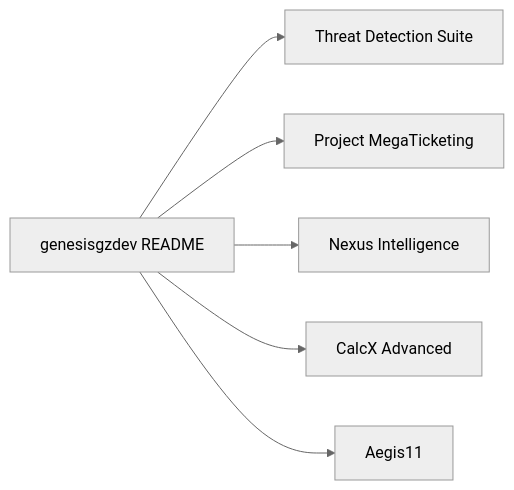
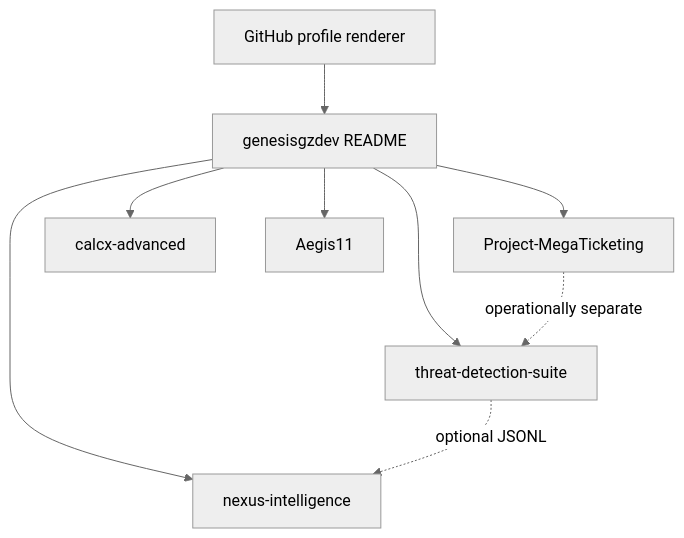
One commit to genesisgzdev/genesisgzdev changed the diagram in ARCHITECTURE.md. Above: the diagram before and after it, drawn with Mermaid (neutral theme). The commit also changed other lines of this file, not shown here.

Commit message:
docs: deepen project dependency map

```diff
--- a/ARCHITECTURE.md
+++ b/ARCHITECTURE.md
@@ -5,8 +7,11 @@
 ~~~mermaid
-flowchart LR
-    Profile[genesisgzdev README] --> TDS[Threat Detection Suite]
-    Profile --> Mega[Project MegaTicketing]
-    Profile --> Nexus[Nexus Intelligence]
-    Profile --> CalcX[CalcX Advanced]
-    Profile --> Aegis[Aegis11]
+flowchart TB
+    GH[GitHub profile renderer] --> README[genesisgzdev README]
+    README --> TDS[threat-detection-suite]
+    README --> MEGA[Project-MegaTicketing]
+    README --> NEXUS[nexus-intelligence]
+    README --> CALCX[calcx-advanced]
+    README --> AEGIS[Aegis11]
+    TDS -. optional JSONL .-> NEXUS
+    MEGA -. operationally separate .-> TDS
 ~~~
```
